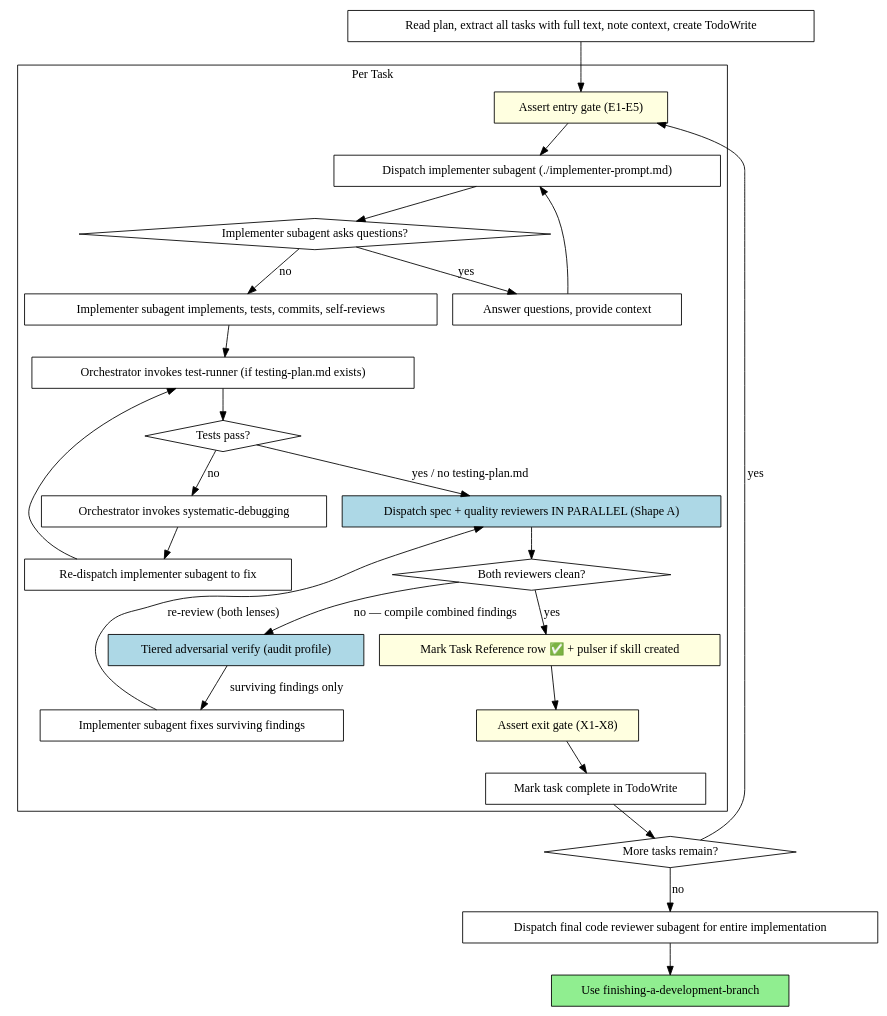
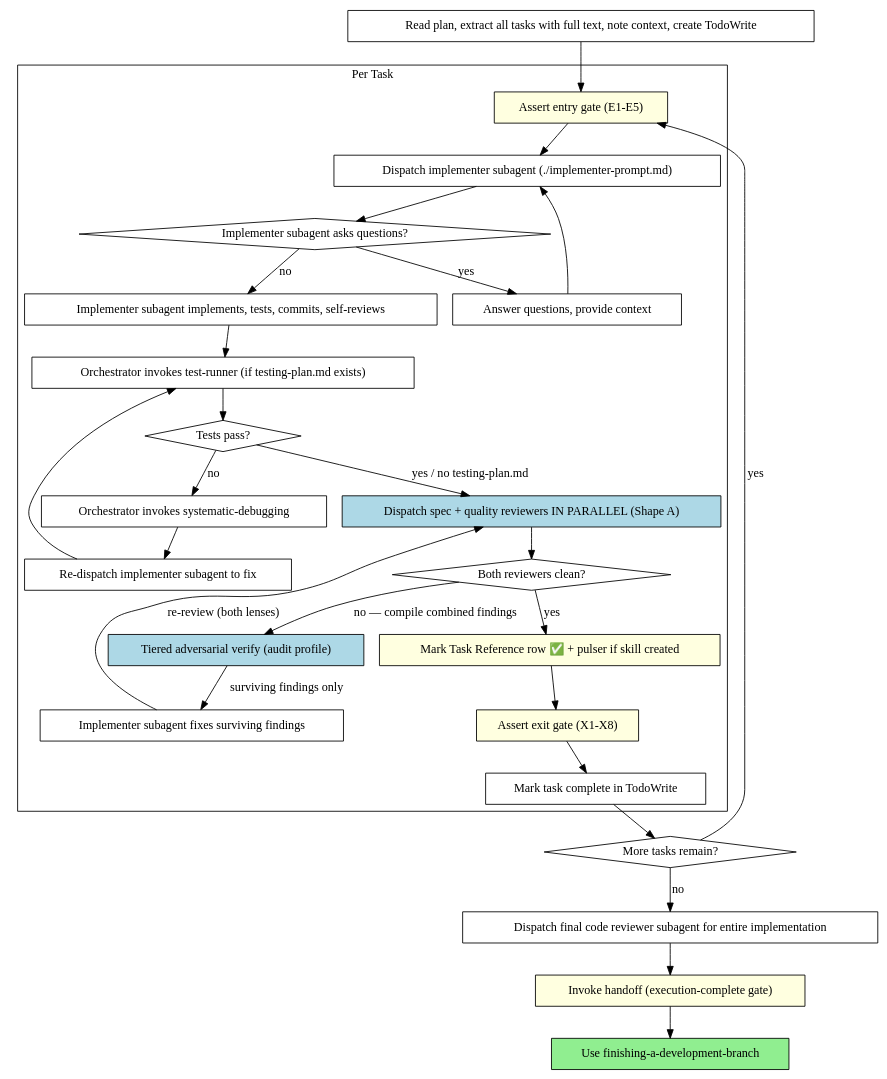
The second of 2 diagrams in skills/subagent-driven-development/SKILL.md (TeamClyde/clydes_claude), drawn with Graphviz before and after one commit. The commit also changed other lines of this file and 23 other files, not shown here.

First line of the commit message:
Harden architect gate: 4-lens panel + convergence, Mermaid-by-default, auto-handoff at human gates (#89)

````diff
--- a/skills/subagent-driven-development/SKILL.md
+++ b/skills/subagent-driven-development/SKILL.md
@@ -43,54 +43,56 @@
 ```dot
 digraph process {
     rankdir=TB;
 
     subgraph cluster_per_task {
         label="Per Task";
         "Assert entry gate (E1-E5)" [shape=box style=filled fillcolor=lightyellow];
         "Dispatch implementer subagent (./implementer-prompt.md)" [shape=box];
         "Implementer subagent asks questions?" [shape=diamond];
         "Answer questions, provide context" [shape=box];
         "Implementer subagent implements, tests, commits, self-reviews" [shape=box];
         "Dispatch spec + quality reviewers IN PARALLEL (Shape A)" [shape=box style=filled fillcolor=lightblue];
         "Both reviewers clean?" [shape=diamond];
         "Tiered adversarial verify (audit profile)" [shape=box style=filled fillcolor=lightblue];
         "Implementer subagent fixes surviving findings" [shape=box];
         "Mark Task Reference row ✅ + pulser if skill created" [shape=box style=filled fillcolor=lightyellow];
         "Assert exit gate (X1-X8)" [shape=box style=filled fillcolor=lightyellow];
         "Mark task complete in TodoWrite" [shape=box];
         "Orchestrator invokes test-runner (if testing-plan.md exists)" [shape=box];
         "Tests pass?" [shape=diamond];
         "Orchestrator invokes systematic-debugging" [shape=box];
         "Re-dispatch implementer subagent to fix" [shape=box];
     }
 
     "Read plan, extract all tasks with full text, note context, create TodoWrite" [shape=box];
     "More tasks remain?" [shape=diamond];
     "Dispatch final code reviewer subagent for entire implementation" [shape=box];
+    "Invoke handoff (execution-complete gate)" [shape=box style=filled fillcolor=lightyellow];
     "Use finishing-a-development-branch" [shape=box style=filled fillcolor=lightgreen];
 
     "Read plan, extract all tasks with full text, note context, create TodoWrite" -> "Assert entry gate (E1-E5)";
     "Assert entry gate (E1-E5)" -> "Dispatch implementer subagent (./implementer-prompt.md)";
     "Dispatch implementer subagent (./implementer-prompt.md)" -> "Implementer subagent asks questions?";
     "Implementer subagent asks questions?" -> "Answer questions, provide context" [label="yes"];
     "Answer questions, provide context" -> "Dispatch implementer subagent (./implementer-prompt.md)";
     "Implementer subagent asks questions?" -> "Implementer subagent implements, tests, commits, self-reviews" [label="no"];
     "Implementer subagent implements, tests, commits, self-reviews" -> "Orchestrator invokes test-runner (if testing-plan.md exists)";
     "Orchestrator invokes test-runner (if testing-plan.md exists)" -> "Tests pass?";
     "Tests pass?" -> "Dispatch spec + quality reviewers IN PARALLEL (Shape A)" [label="yes / no testing-plan.md"];
     "Tests pass?" -> "Orchestrator invokes systematic-debugging" [label="no"];
     "Orchestrator invokes systematic-debugging" -> "Re-dispatch implementer subagent to fix";
     "Re-dispatch implementer subagent to fix" -> "Orchestrator invokes test-runner (if testing-plan.md exists)";
     "Dispatch spec + quality reviewers IN PARALLEL (Shape A)" -> "Both reviewers clean?";
     "Both reviewers clean?" -> "Tiered adversarial verify (audit profile)" [label="no — compile combined findings"];
     "Tiered adversarial verify (audit profile)" -> "Implementer subagent fixes surviving findings" [label="surviving findings only"];
     "Implementer subagent fixes surviving findings" -> "Dispatch spec + quality reviewers IN PARALLEL (Shape A)" [label="re-review (both lenses)"];
     "Both reviewers clean?" -> "Mark Task Reference row ✅ + pulser if skill created" [label="yes"];
     "Mark Task Reference row ✅ + pulser if skill created" -> "Assert exit gate (X1-X8)";
     "Assert exit gate (X1-X8)" -> "Mark task complete in TodoWrite";
     "Mark task complete in TodoWrite" -> "More tasks remain?";
     "More tasks remain?" -> "Assert entry gate (E1-E5)" [label="yes"];
     "More tasks remain?" -> "Dispatch final code reviewer subagent for entire implementation" [label="no"];
-    "Dispatch final code reviewer subagent for entire implementation" -> "Use finishing-a-development-branch";
+    "Dispatch final code reviewer subagent for entire implementation" -> "Invoke handoff (execution-complete gate)";
+    "Invoke handoff (execution-complete gate)" -> "Use finishing-a-development-branch";
 }
 ```
````
